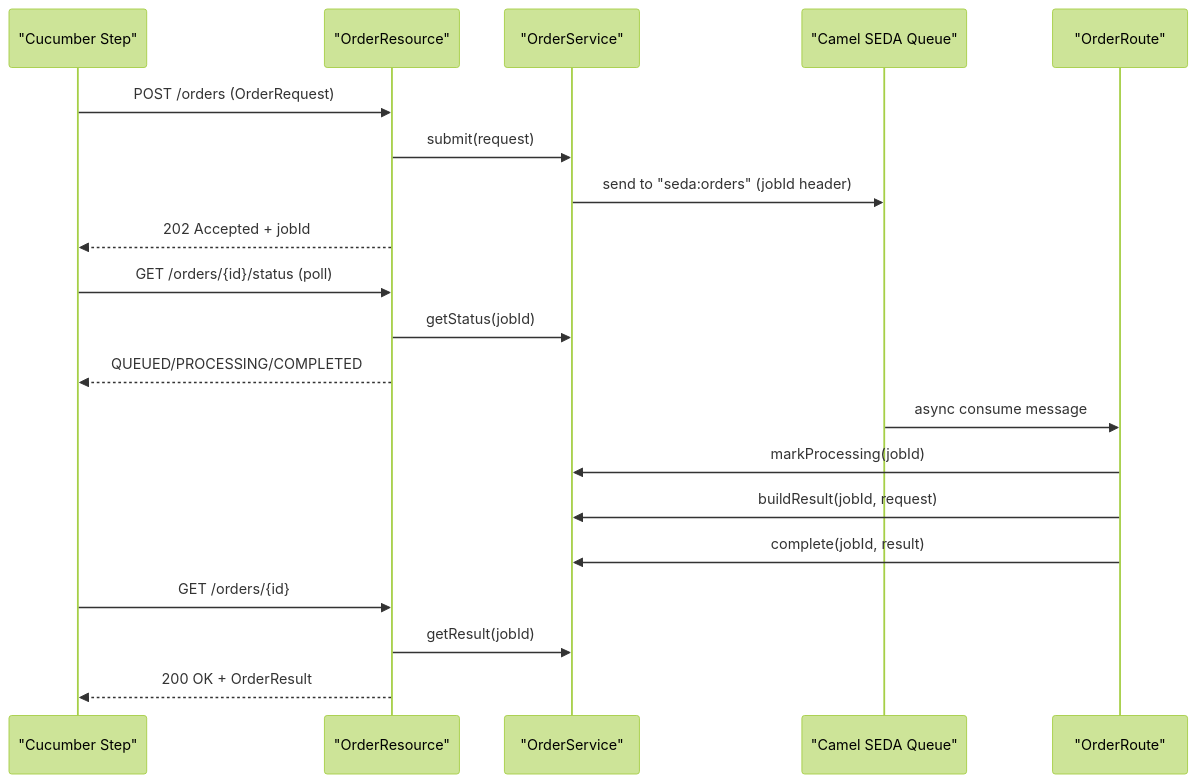
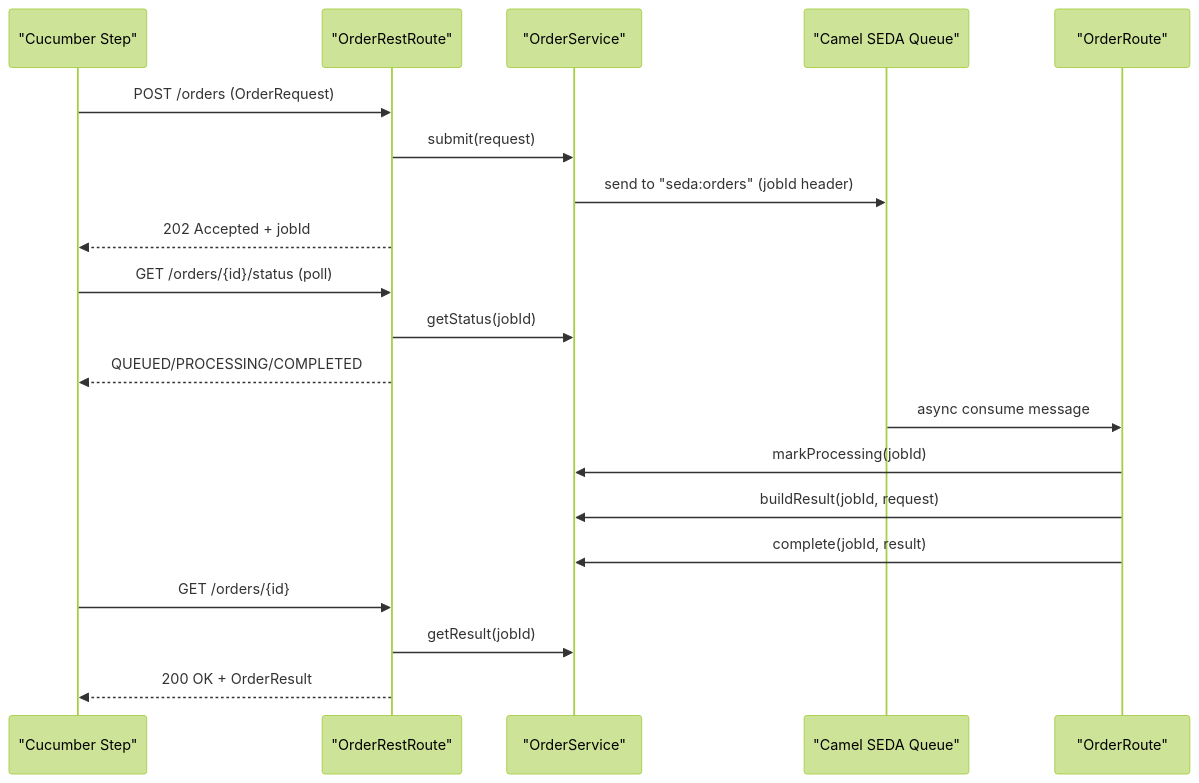
Before and after one commit to Master-Al/java: the diagram in README.md, drawn with Mermaid (forest theme). The commit also changed 27 other files, not shown here.

````diff
--- a/README.md
+++ b/README.md
@@ -7,26 +7,26 @@
 ```mermaid
 sequenceDiagram
     participant C as "Cucumber Step"
-    participant API as "OrderResource"
+    participant API as "OrderRestRoute"
     participant S as "OrderService"
     participant Q as "Camel SEDA Queue"
     participant R as "OrderRoute"
 
     C->>API: POST /orders (OrderRequest)
     API->>S: submit(request)
     S->>Q: send to "seda:orders" (jobId header)
     API-->>C: 202 Accepted + jobId
 
     C->>API: GET /orders/{id}/status (poll)
     API->>S: getStatus(jobId)
     API-->>C: QUEUED/PROCESSING/COMPLETED
 
     Q->>R: async consume message
     R->>S: markProcessing(jobId)
     R->>S: buildResult(jobId, request)
     R->>S: complete(jobId, result)
 
     C->>API: GET /orders/{id}
     API->>S: getResult(jobId)
     API-->>C: 200 OK + OrderResult
 ```
````
